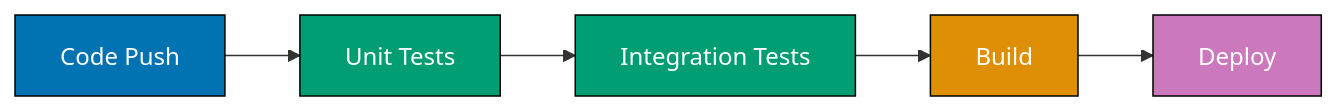
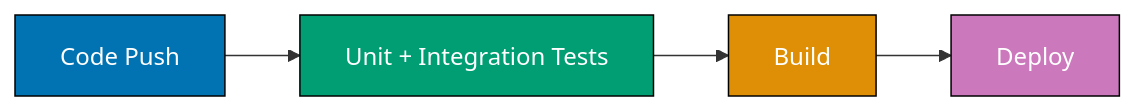
Before and after one commit to wahidyankf/open-sharia-enterprise: the ninth of 12 diagrams in apps/ayokoding-web/content/en/learn/software-engineering/development/test-driven-development-tdd/by-example/intermediate.md, drawn with Mermaid. The commit also changed other lines of this file and 16 other files, not shown here.

First line of the commit message:
fix(content): fix 46 pre-existing Mermaid violations in tutorial files

````diff
--- a/apps/ayokoding-web/content/en/learn/software-engineering/development/test-driven-development-tdd/by-example/intermediate.md
+++ b/apps/ayokoding-web/content/en/learn/software-engineering/development/test-driven-development-tdd/by-example/intermediate.md
@@ -2355,17 +2355,15 @@
 ```mermaid
 %% Color Palette: Blue #0173B2, Orange #DE8F05, Teal #029E73
 graph LR
     A[Code Push]
-    B[Unit Tests]
-    C[Integration Tests]
-    D[Build]
-    E[Deploy]
+    B["Unit + Integration Tests"]
+    C[Build]
+    D[Deploy]
 
-    A --> B --> C --> D --> E
+    A --> B --> C --> D
 
     style A fill:#0173B2,stroke:#000,color:#fff
     style B fill:#029E73,stroke:#000,color:#fff
-    style C fill:#029E73,stroke:#000,color:#fff
-    style D fill:#DE8F05,stroke:#000,color:#fff
-    style E fill:#CC78BC,stroke:#000,color:#fff
+    style C fill:#DE8F05,stroke:#000,color:#fff
+    style D fill:#CC78BC,stroke:#000,color:#fff
 ```
````
